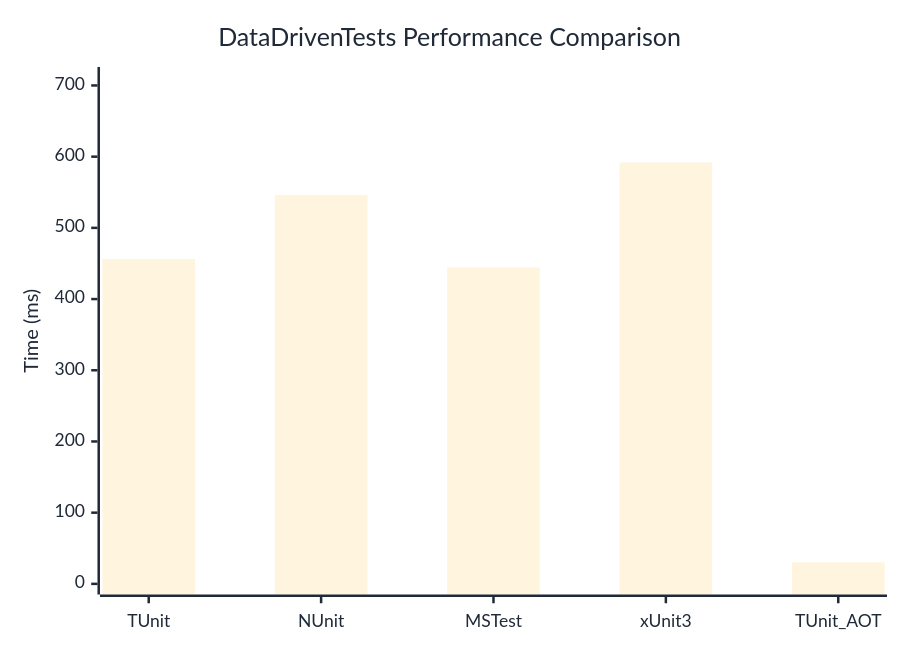
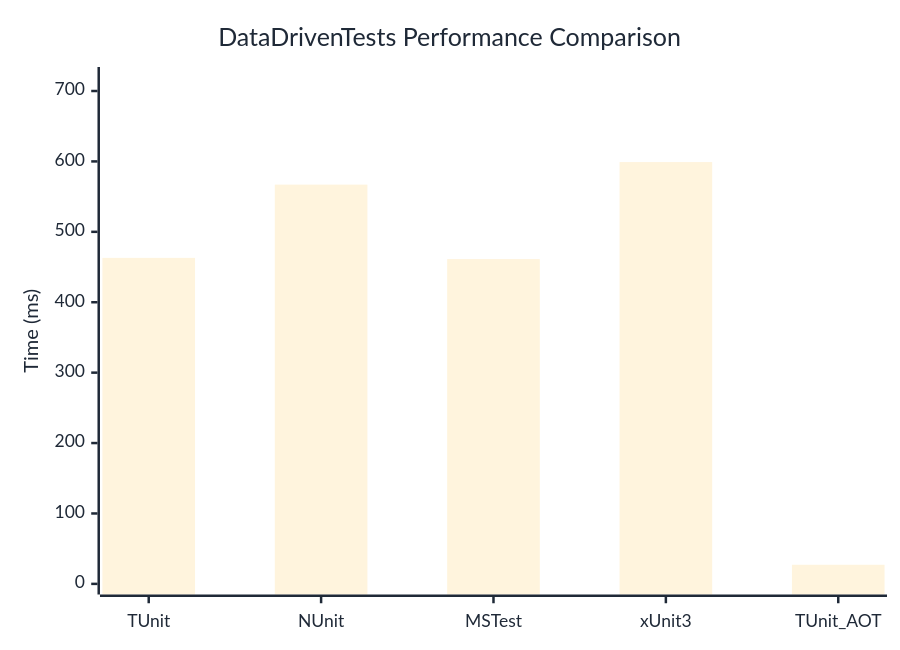
Before and after one commit to weiyilai/TUnit: the diagram in docs/docs/benchmarks/DataDrivenTests.md, drawn with Mermaid. The commit also changed other lines of this file and 17 other files, not shown here.

````diff
--- a/docs/docs/benchmarks/DataDrivenTests.md
+++ b/docs/docs/benchmarks/DataDrivenTests.md
@@ -27,37 +27,37 @@
 ```mermaid
 %%{init: {
   'theme':'base',
   'themeVariables': {
     'primaryColor': '#2563eb',
     'primaryTextColor': '#1f2937',
     'primaryBorderColor': '#1e40af',
     'lineColor': '#6b7280',
     'secondaryColor': '#7c3aed',
     'tertiaryColor': '#dc2626',
     'background': '#ffffff',
     'mainBkg': '#2563eb',
     'secondBkg': '#7c3aed',
     'tertiaryBkg': '#dc2626',
     'clusterBkg': '#f3f4f6',
     'edgeLabelBackground': '#ffffff',
     'tertiaryTextColor': '#1f2937',
     'pie1': '#2563eb',
     'pie2': '#7c3aed',
     'pie3': '#dc2626',
     'pie4': '#f59e0b',
     'pie5': '#10b981',
     'pie6': '#06b6d4',
     'pie7': '#ec4899',
     'pie8': '#6366f1',
     'pie9': '#84cc16',
     'pie10': '#f97316',
     'pie11': '#14b8a6',
     'pie12': '#a855f7'
   }
 }}%%
 xychart-beta
   title "DataDrivenTests Performance Comparison"
   x-axis ["TUnit", "NUnit", "MSTest", "xUnit3", "TUnit_AOT"]
-  y-axis "Time (ms)" 0 --> 711
-  bar [456.33, 546.29, 444.43, 591.82, 30.24]
+  y-axis "Time (ms)" 0 --> 719
+  bar [462.99, 567.04, 461.28, 599.06, 27.15]
 ```
````
